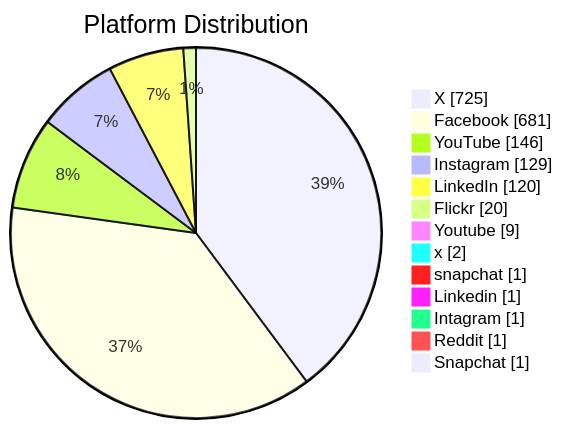
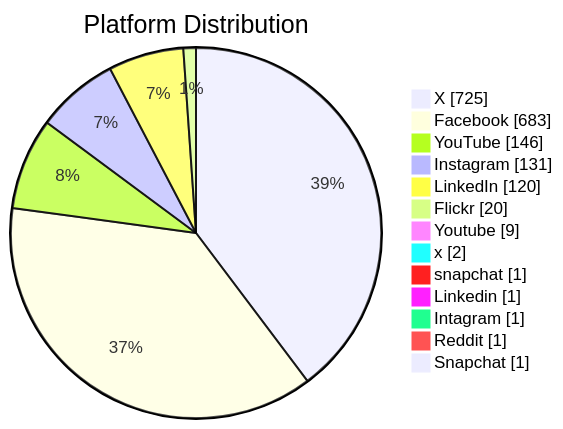
The second of 6 diagrams in README.md (PatLittle/GC-Socials), drawn with Mermaid before and after one commit. The commit also changed other lines of this file, not shown here.

Commit message:
Update README with Platform Distribution pie chart

````diff
--- a/README.md
+++ b/README.md
@@ -46,16 +46,16 @@
 ```mermaid
 pie showData title Platform Distribution
     "X": 725
-    "Facebook": 681
+    "Facebook": 683
     "YouTube": 146
-    "Instagram": 129
+    "Instagram": 131
     "LinkedIn": 120
     "Flickr": 20
     "Youtube": 9
     "x": 2
     "snapchat": 1
     "Linkedin": 1
     "Intagram": 1
     "Reddit": 1
     "Snapchat": 1
 ```
````
